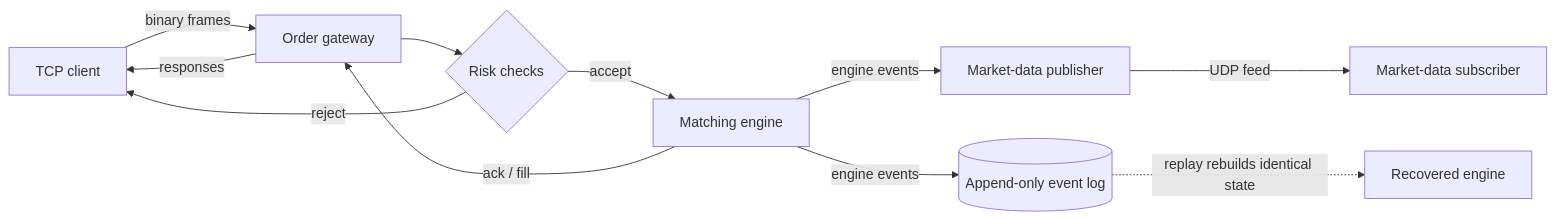
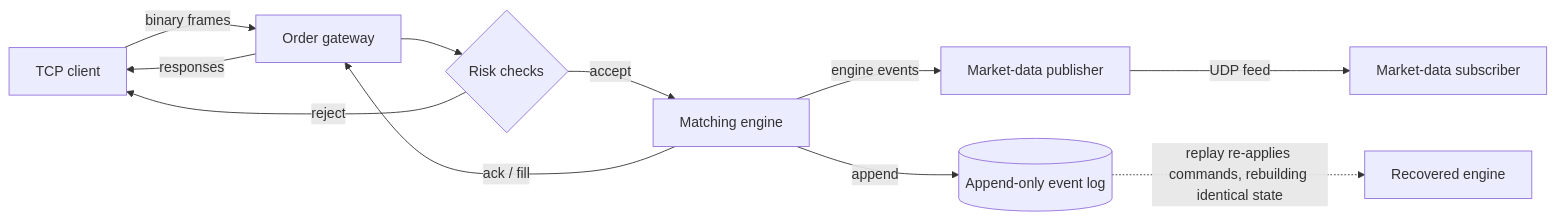
One commit to div0rce/quant-systems-lab changed the diagram in README.md. Above: the diagram before and after it, drawn with Mermaid. The commit also changed 1 other file, not shown here.

Commit message:
docs: correct event-log diagram (replay re-applies commands, not events)

````diff
--- a/README.md
+++ b/README.md
@@ -19,13 +19,13 @@
 ```mermaid
 flowchart LR
     client[TCP client] -->|binary frames| gw[Order gateway]
     gw --> risk{Risk checks}
     risk -->|reject| client
     risk -->|accept| eng[Matching engine]
     eng -->|ack / fill| gw
     gw -->|responses| client
     eng -->|engine events| pub[Market-data publisher]
-    eng -->|engine events| log[(Append-only event log)]
+    eng -->|append| log[(Append-only event log)]
     pub -->|UDP feed| sub[Market-data subscriber]
-    log -.->|replay rebuilds identical state| rec[Recovered engine]
+    log -.->|replay re-applies commands, rebuilding identical state| rec[Recovered engine]
 ```
````
